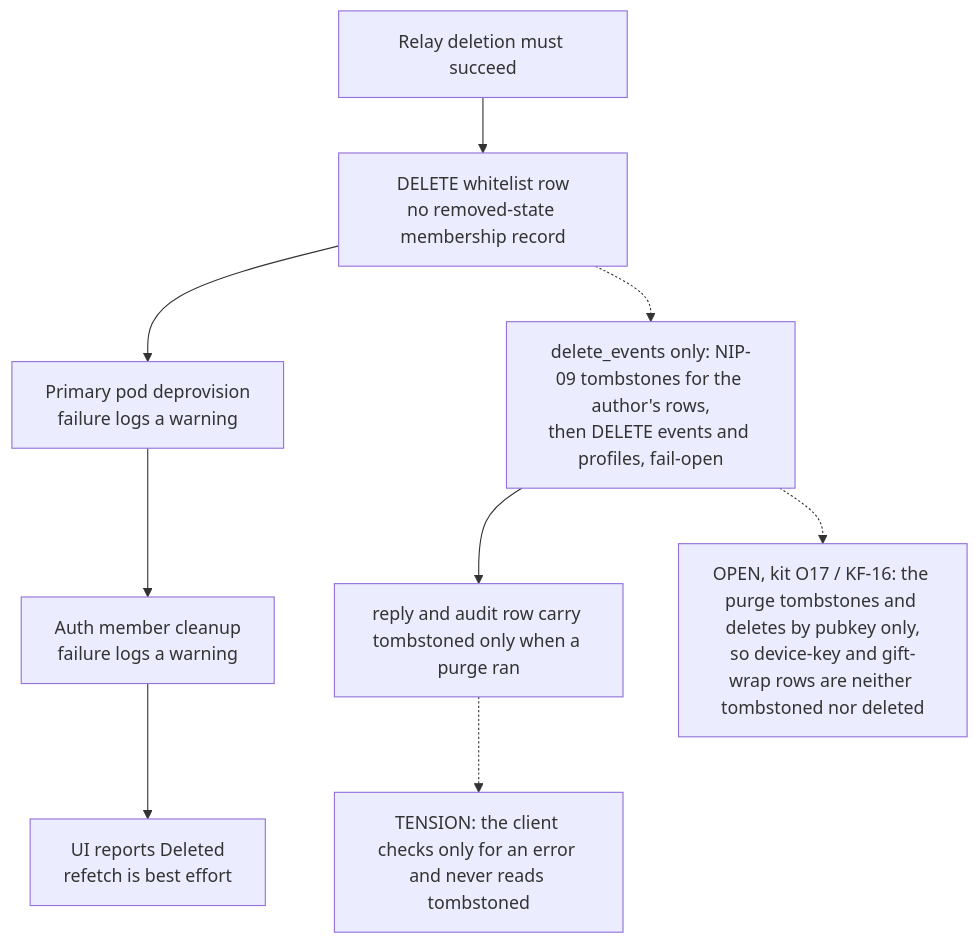
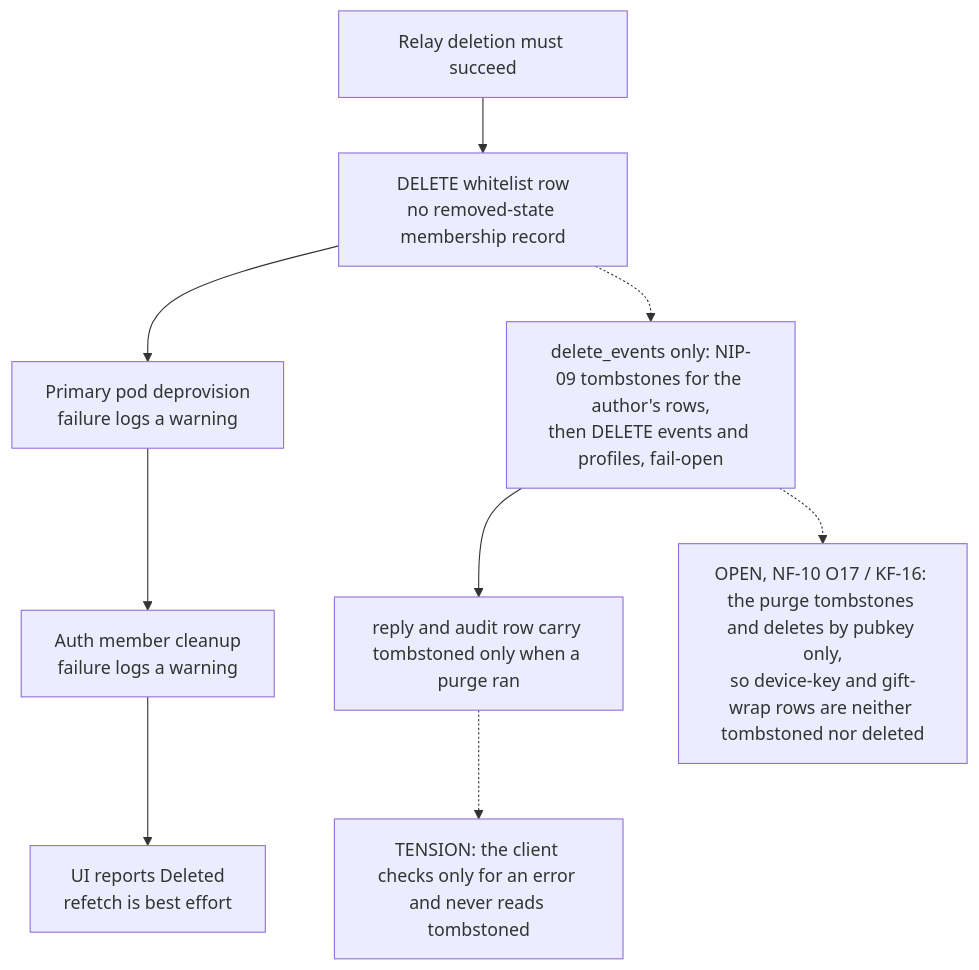
The fifth of 8 diagrams in docs/diagrams/nostr-rust-forum/25-membership-lifecycle-and-admin-consistency.md (DreamLab-AI/VisionFlow), drawn with Mermaid before and after one commit. The commit also changed other lines of this file and 13 other files, not shown here.

First line of the commit message:
diagrams(nostr-rust-forum): fold the last kit-only diagram content into the corpus

````diff
--- a/docs/diagrams/nostr-rust-forum/25-membership-lifecycle-and-admin-consistency.md
+++ b/docs/diagrams/nostr-rust-forum/25-membership-lifecycle-and-admin-consistency.md
@@ -117,24 +119,24 @@
 ```mermaid
 flowchart TB
     %% Source: ../nostr-rust-forum/crates/nostr-bbs-forum-client/src/admin/mod.rs:488
     A["Relay deletion must succeed"]
     %% Source: ../nostr-rust-forum/crates/nostr-bbs-relay-worker/src/user_admin.rs:199
     B["DELETE whitelist row<br/>no removed-state membership record"]
     %% Source: ../nostr-rust-forum/crates/nostr-bbs-relay-worker/src/user_admin.rs:224-231
     B2["delete_events only: NIP-09 tombstones for the author's rows,<br/>then DELETE events and profiles, fail-open"]
     %% Source: ../nostr-rust-forum/crates/nostr-bbs-relay-worker/src/user_admin.rs:268-270
     B3["reply and audit row carry tombstoned only when a purge ran"]
     %% Source: ../nostr-rust-forum/crates/nostr-bbs-forum-client/src/admin/mod.rs:487
     B4["TENSION: the client checks only for an error and never reads tombstoned"]
     %% Source: ../nostr-rust-forum/crates/nostr-bbs-forum-client/src/admin/mod.rs:506
     C["Primary pod deprovision<br/>failure logs a warning"]
     %% Source: ../nostr-rust-forum/crates/nostr-bbs-forum-client/src/admin/mod.rs:524
     D["Auth member cleanup<br/>failure logs a warning"]
     %% Source: ../nostr-rust-forum/crates/nostr-bbs-forum-client/src/admin/mod.rs:533
     E["UI reports Deleted<br/>refetch is best effort"]
     A --> B --> C --> D --> E
     B -.-> B2 --> B3 -.-> B4
     %% Source: ../nostr-rust-forum/crates/nostr-bbs-relay-worker/src/user_admin.rs:233
-    OPEN1["OPEN, kit O17 / KF-16: the purge tombstones and deletes by pubkey only,<br/>so device-key and gift-wrap rows are neither tombstoned nor deleted"]
+    OPEN1["OPEN, NF-10 O17 / KF-16: the purge tombstones and deletes by pubkey only,<br/>so device-key and gift-wrap rows are neither tombstoned nor deleted"]
     B2 -.-> OPEN1
 ```
````
